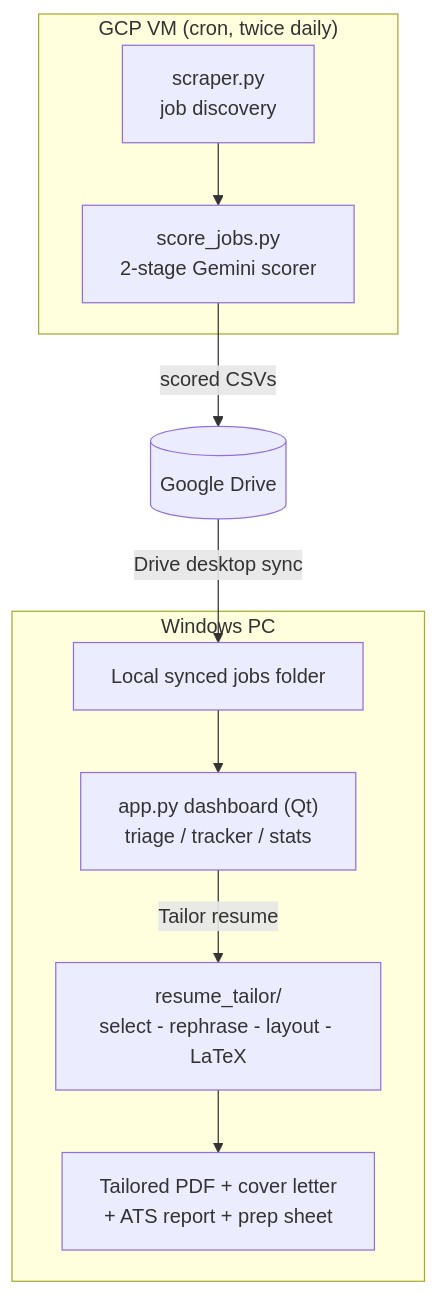
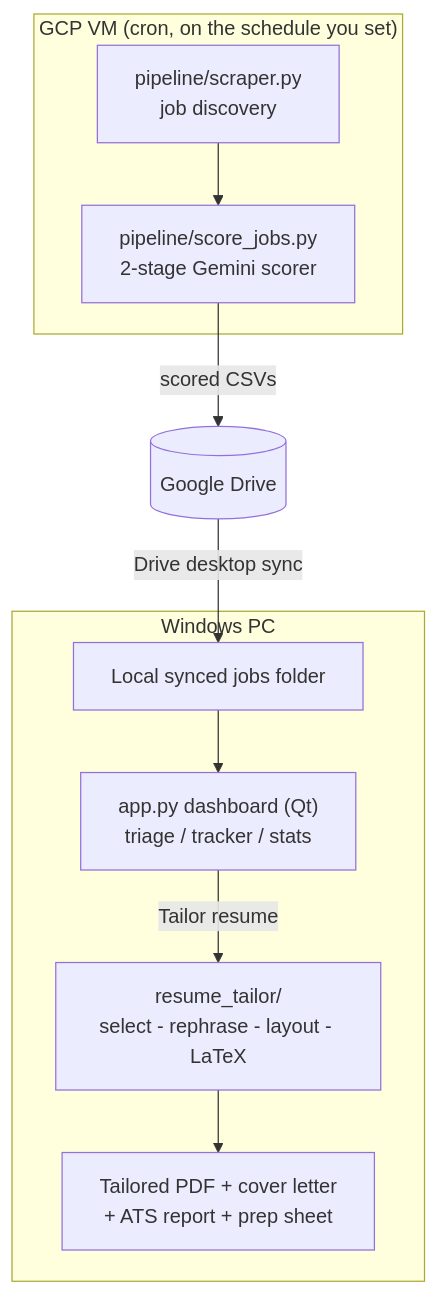
Before and after one commit to yib7/INployed: the first of 2 diagrams in README.md, drawn with Mermaid. The commit also changed other lines of this file, not shown here.

First line of the commit message:
docs(readme): lead with the architecture, and stop describing a tree that moved

````diff
--- a/README.md
+++ b/README.md
@@ -47,13 +51,13 @@
 ```mermaid
 flowchart TD
-    subgraph Cloud["GCP VM (cron, twice daily)"]
-        A["scraper.py<br/>job discovery"] --> B["score_jobs.py<br/>2-stage Gemini scorer"]
+    subgraph Cloud["GCP VM (cron, on the schedule you set)"]
+        A["pipeline/scraper.py<br/>job discovery"] --> B["pipeline/score_jobs.py<br/>2-stage Gemini scorer"]
     end
     B -->|scored CSVs| C[("Google Drive")]
     C -->|Drive desktop sync| D["Local synced jobs folder"]
     subgraph Desktop["Windows PC"]
         D --> E["app.py dashboard (Qt)<br/>triage / tracker / stats"]
         E -->|Tailor resume| F["resume_tailor/<br/>select - rephrase - layout - LaTeX"]
         F --> G["Tailored PDF + cover letter<br/>+ ATS report + prep sheet"]
     end
 ```
````
